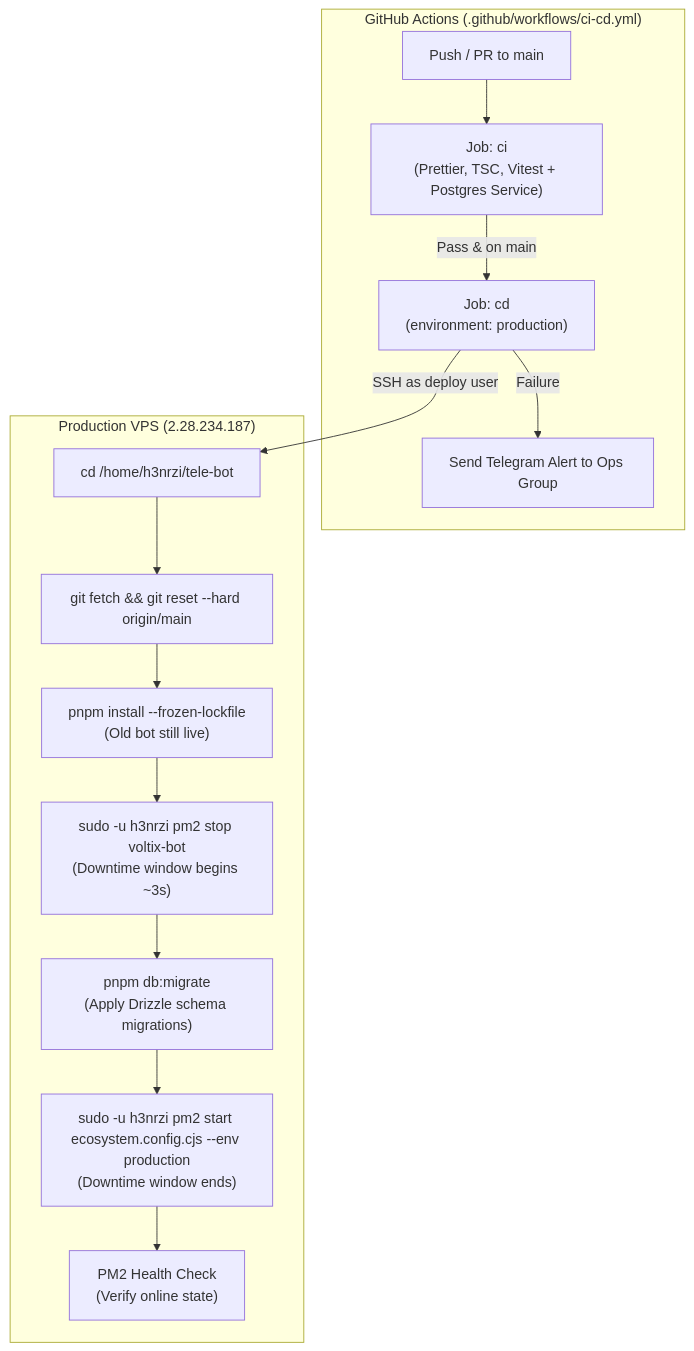
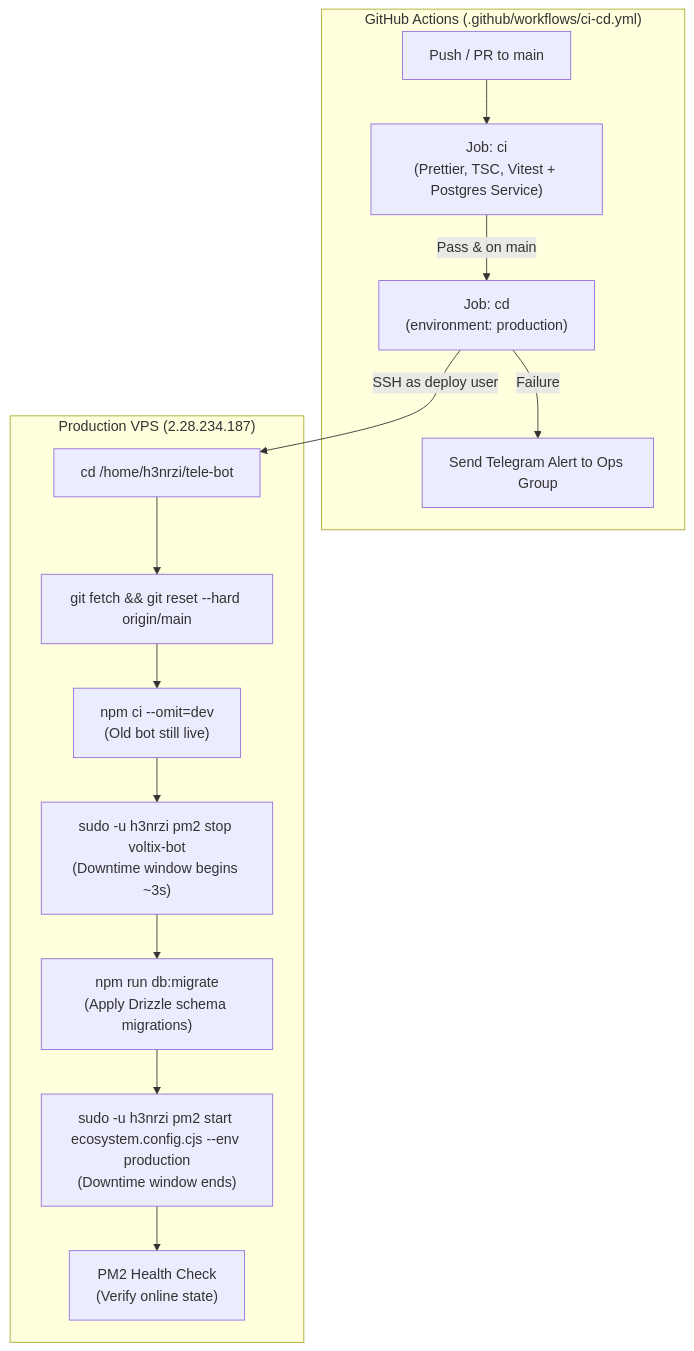
Before and after one commit to h3nrzi/tele-bot: the diagram in docs/ops/server-setup-guide.md, drawn with Mermaid. The commit also changed other lines of this file and 6 other files, not shown here.

````diff
--- a/docs/ops/server-setup-guide.md
+++ b/docs/ops/server-setup-guide.md
@@ -9,18 +9,18 @@
 ```mermaid
 flowchart TD
     subgraph GitHub["GitHub Actions (.github/workflows/ci-cd.yml)"]
         A["Push / PR to main"] --> B["Job: ci\n(Prettier, TSC, Vitest + Postgres Service)"]
         B -->|Pass & on main| C["Job: cd\n(environment: production)"]
         C -->|Failure| Alert["Send Telegram Alert to Ops Group"]
     end
 
     subgraph VPS["Production VPS (2.28.234.187)"]
         C -->|SSH as deploy user| D["cd /home/h3nrzi/tele-bot"]
         D --> E["git fetch && git reset --hard origin/main"]
-        E --> F["pnpm install --frozen-lockfile\n(Old bot still live)"]
+        E --> F["npm ci --omit=dev\n(Old bot still live)"]
         F --> G["sudo -u h3nrzi pm2 stop voltix-bot\n(Downtime window begins ~3s)"]
-        G --> H["pnpm db:migrate\n(Apply Drizzle schema migrations)"]
+        G --> H["npm run db:migrate\n(Apply Drizzle schema migrations)"]
         H --> I["sudo -u h3nrzi pm2 start ecosystem.config.cjs --env production\n(Downtime window ends)"]
         I --> J["PM2 Health Check\n(Verify online state)"]
     end
 ```
````
